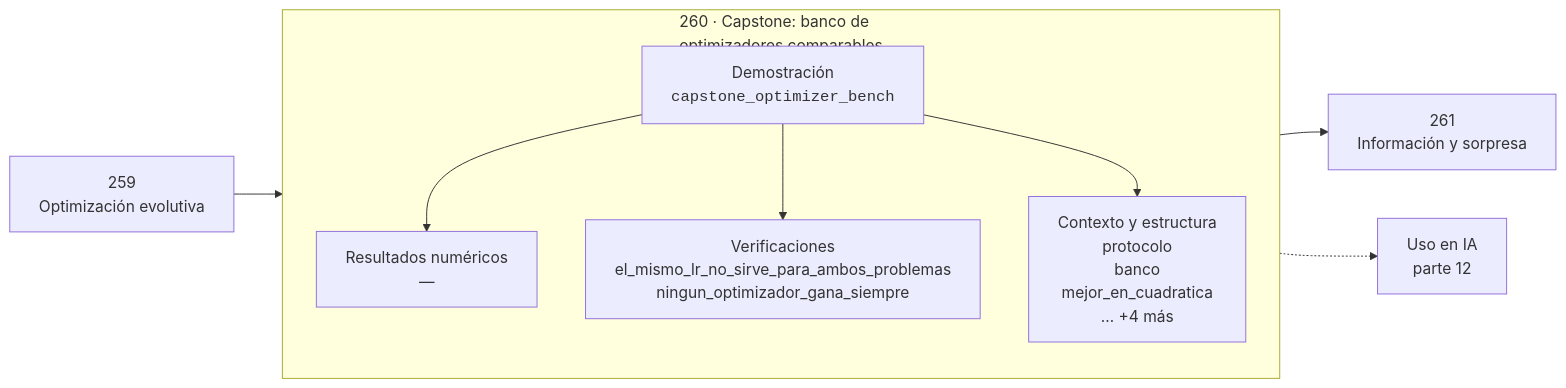
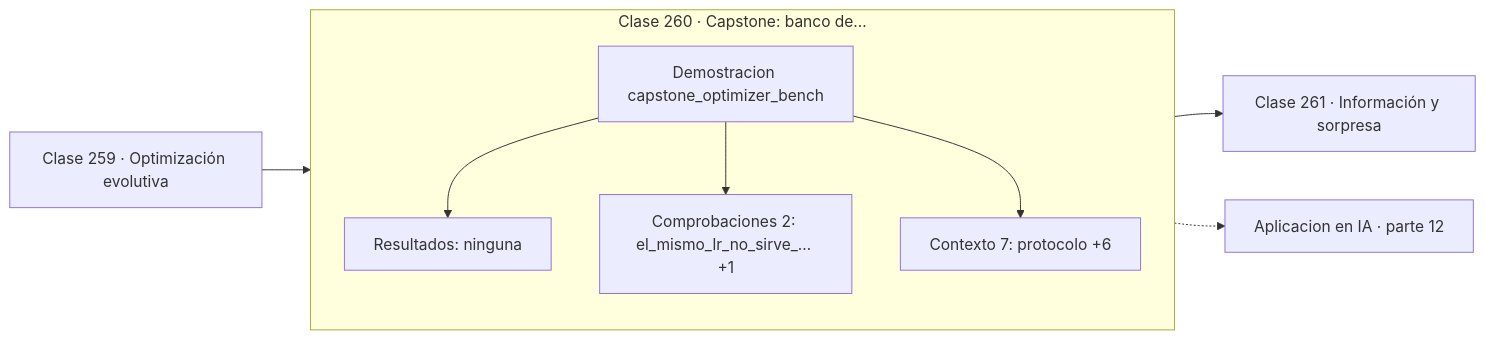
The diagram in classes/part-12-optimizacion-matematica-y-computacional/260-capstone-banco-de-optimizadores-comparables/README.md (vladimiracunadev-create/computational-mathematics-program), drawn with Mermaid before and after one commit. The commit also changed 389 other files, not shown here.

First line of the commit message:
fix(diagramas): elimina el HTML de las etiquetas Mermaid

````diff
--- a/classes/part-12-optimizacion-matematica-y-computacional/260-capstone-banco-de-optimizadores-comparables/README.md
+++ b/classes/part-12-optimizacion-matematica-y-computacional/260-capstone-banco-de-optimizadores-comparables/README.md
@@ -30,12 +30,13 @@
 ```mermaid
 flowchart LR
-    P["259<br/>Optimización evolutiva"] --> C
-    subgraph C["260 · Capstone: banco de<br/>optimizadores comparables"]
+    P["Clase 259 · Optimización evolutiva"] --> D
+    subgraph CLASE["Clase 260 · Capstone: banco de…"]
         direction TB
-        D["Demostración<br/><code>capstone_optimizer_bench</code>"] --> R["Resultados numéricos<br/>—"]
-        D --> V["Verificaciones<br/>el_mismo_lr_no_sirve_para_ambos_problemas<br/>ningun_optimizador_gana_siempre"]
-        D --> O["Contexto y estructura<br/>protocolo<br/>banco<br/>mejor_en_cuadratica<br/>… +4 más"]
+        D["Demostracion capstone_optimizer_bench"]
+        D --> R["Resultados: ninguna"]
+        D --> V["Comprobaciones 2: el_mismo_lr_no_sirve_… +1"]
+        D --> O["Contexto 7: protocolo +6"]
     end
-    C --> N["261<br/>Información y sorpresa"]
-    C -.-> IA["Uso en IA<br/>parte 12"]
+    R --> N["Clase 261 · Información y sorpresa"]
+    V -.-> IA["Aplicacion en IA · parte 12"]
 ```
````
